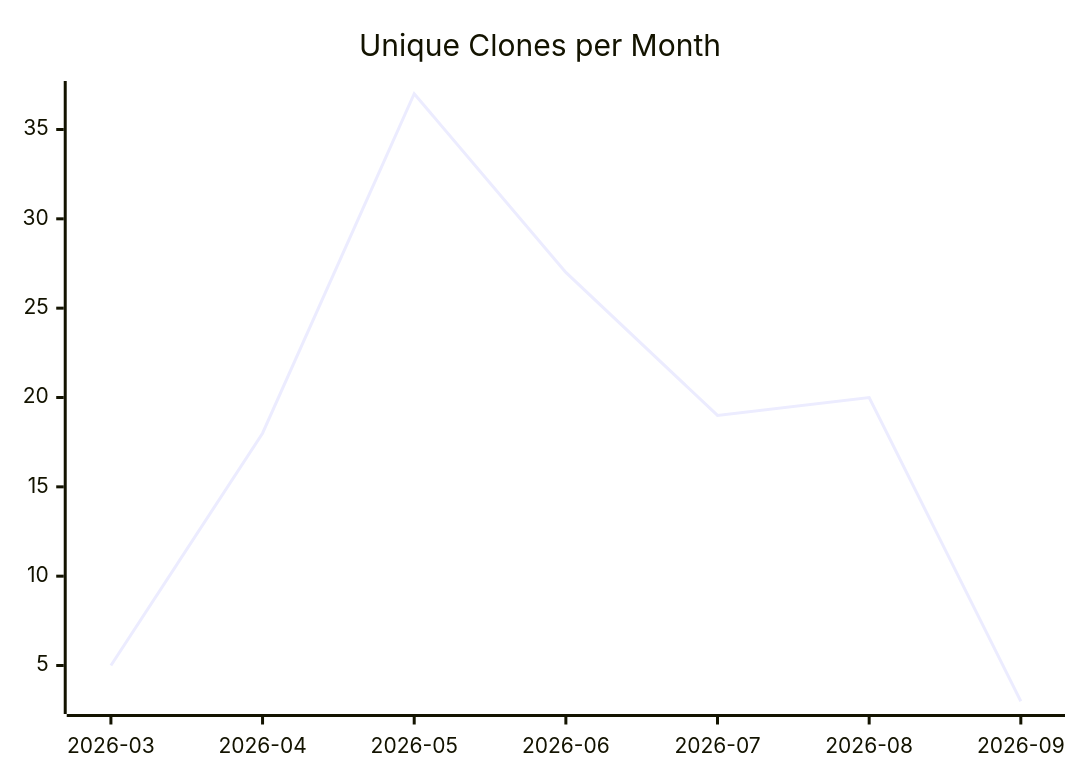
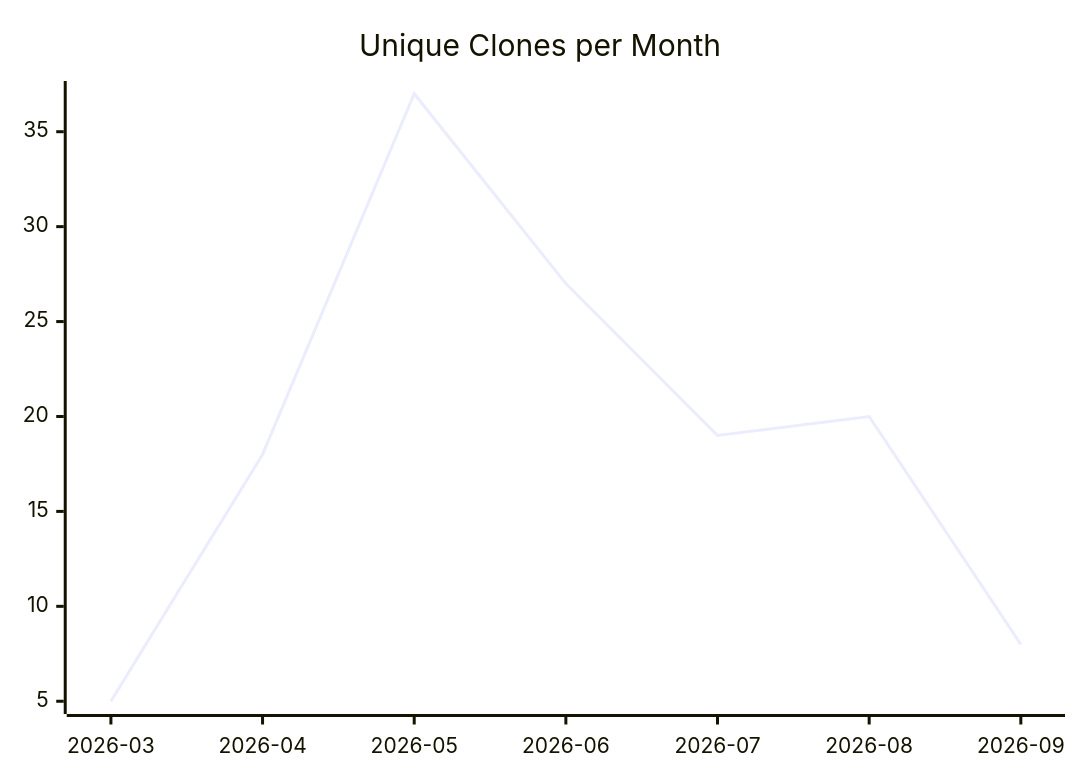
Before and after one commit to justdavis-family/github-analytics-data: the third of 3 diagrams in karlmdavis/obsidian-operator/README.md, drawn with Mermaid. The commit also changed other lines of this file and 191 other files, not shown here.

````diff
--- a/karlmdavis/obsidian-operator/README.md
+++ b/karlmdavis/obsidian-operator/README.md
@@ -19,6 +19,6 @@
 ```mermaid
 xychart-beta
   title "Unique Clones per Month"
   x-axis ["2026-03", "2026-04", "2026-05", "2026-06", "2026-07", "2026-08", "2026-09"]
-  line [5, 18, 37, 27, 19, 20, 3]
+  line [5, 18, 37, 27, 19, 20, 8]
 ```
````
